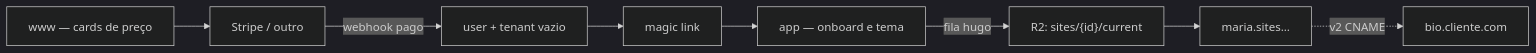
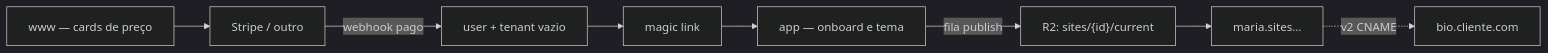
One commit to Jorge-William/link-na-bio changed the second of 5 diagrams in docs/tenants-e-dominios.md. Above: the diagram before and after it, drawn with Mermaid (dark theme). The commit also changed other lines of this file and 7 other files, not shown here.

````diff
--- a/docs/tenants-e-dominios.md
+++ b/docs/tenants-e-dominios.md
@@ -32,10 +32,10 @@
 ```mermaid
 flowchart LR
   LP[www — cards de preço] --> PSP[Stripe / outro]
   PSP -->|webhook pago| Cria[user + tenant vazio]
   Cria --> Mail[magic link]
   Mail --> App[app — onboard e tema]
-  App -->|fila hugo| R2["R2: sites/{id}/current"]
+  App -->|fila publish| R2["R2: sites/{id}/current"]
   R2 --> Pub["maria.sites…"]
   Pub -.->|v2 CNAME| Custom[bio.cliente.com]
 ```
````
